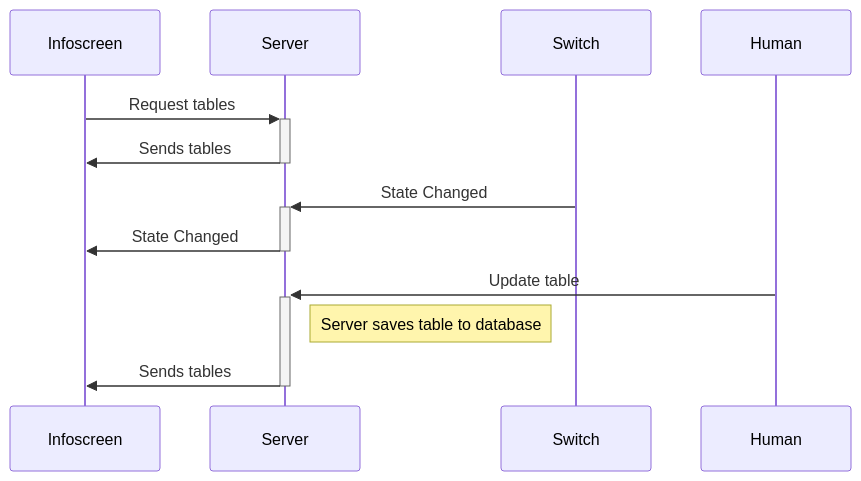
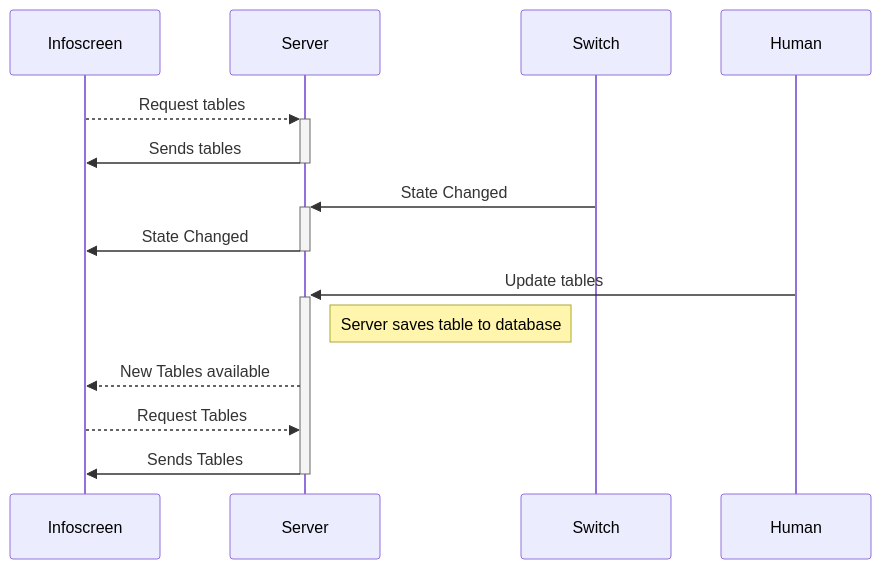
Before and after one commit to Snuuson/Infoscreen2023: the diagram in readme.md, drawn with Mermaid. The commit also changed other lines of this file and 1 other file, not shown here.

Commit message:
readme updated

````diff
--- a/readme.md
+++ b/readme.md
@@ -108,10 +106,12 @@
 ```mermaid
 sequenceDiagram
-Infoscreen ->>+Server: Request tables
+Infoscreen -->>+Server: Request tables
 Server->>-Infoscreen: Sends tables
 Switch ->>+Server: State Changed
 Server ->>-Infoscreen: State Changed
-Human->>+Server: Update table
+Human->>+Server: Update tables
 Note  right of  Server:  Server saves table to database
-Server->>-Infoscreen: Sends tables
+Server-->>Infoscreen: New Tables available 
+Infoscreen -->>Server: Request Tables
+Server ->>- Infoscreen: Sends Tables 
 ```
````
